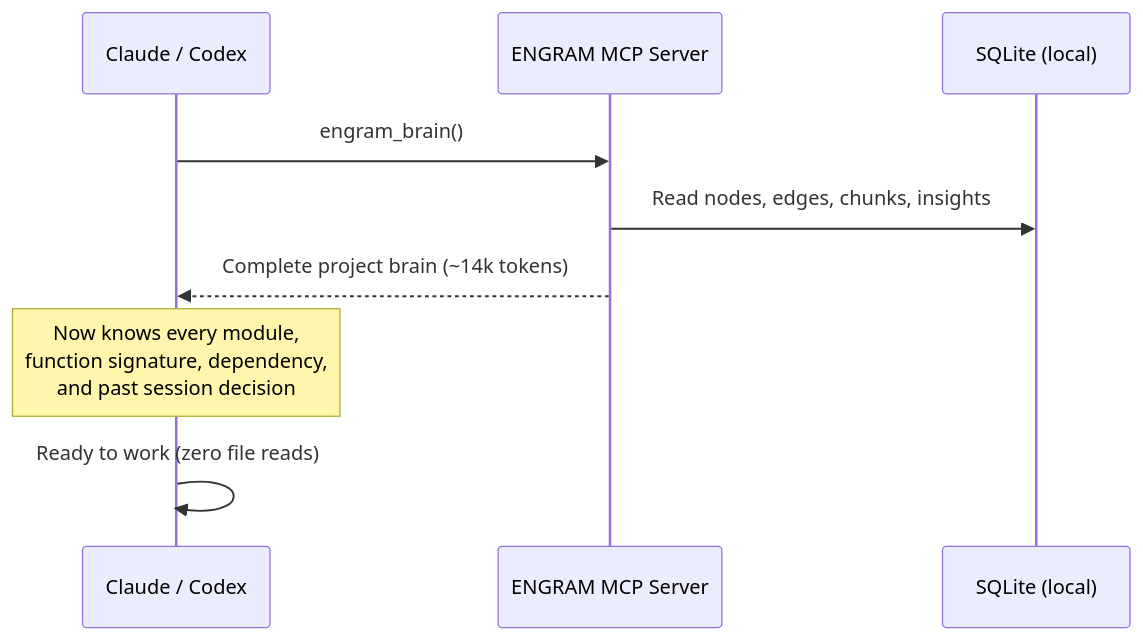
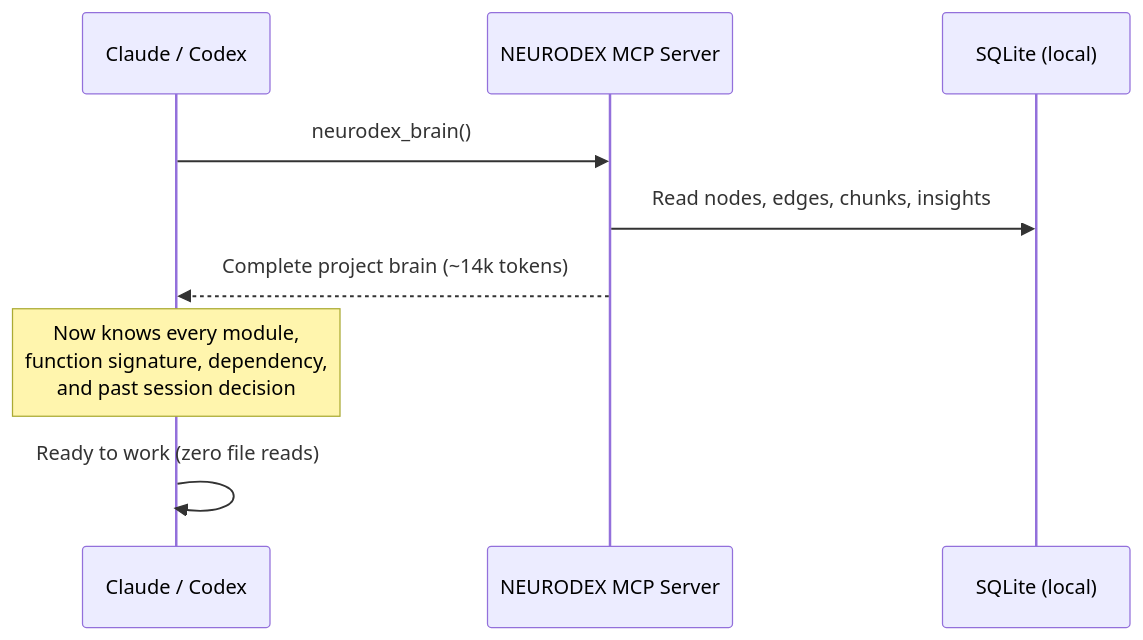
Before and after one commit to karanpanchall/neurodex: the second of 4 diagrams in README.md, drawn with Mermaid. The commit also changed other lines of this file and 34 other files, not shown here.

Commit message:
rename internal package engram → neurodex

````diff
--- a/README.md
+++ b/README.md
@@ -64,12 +64,12 @@
 ```mermaid
 sequenceDiagram
     participant LLM as Claude / Codex
-    participant MCP as ENGRAM MCP Server
+    participant MCP as NEURODEX MCP Server
     participant DB as SQLite (local)
 
-    LLM->>MCP: engram_brain()
+    LLM->>MCP: neurodex_brain()
     MCP->>DB: Read nodes, edges, chunks, insights
     MCP-->>LLM: Complete project brain (~14k tokens)
     Note over LLM: Now knows every module,<br/>function signature, dependency,<br/>and past session decision
     LLM->>LLM: Ready to work (zero file reads)
 ```
````
